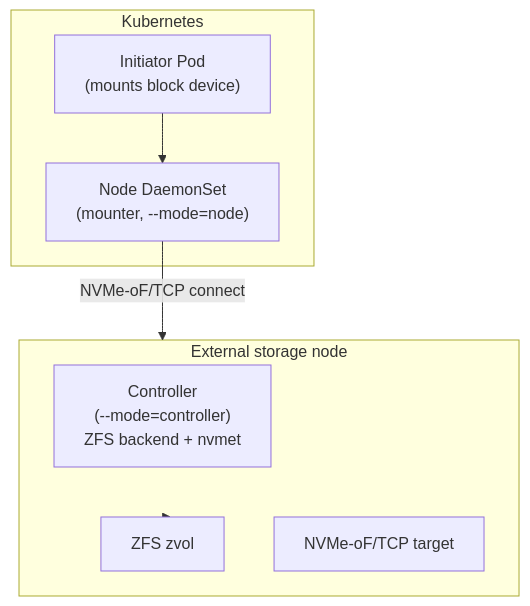
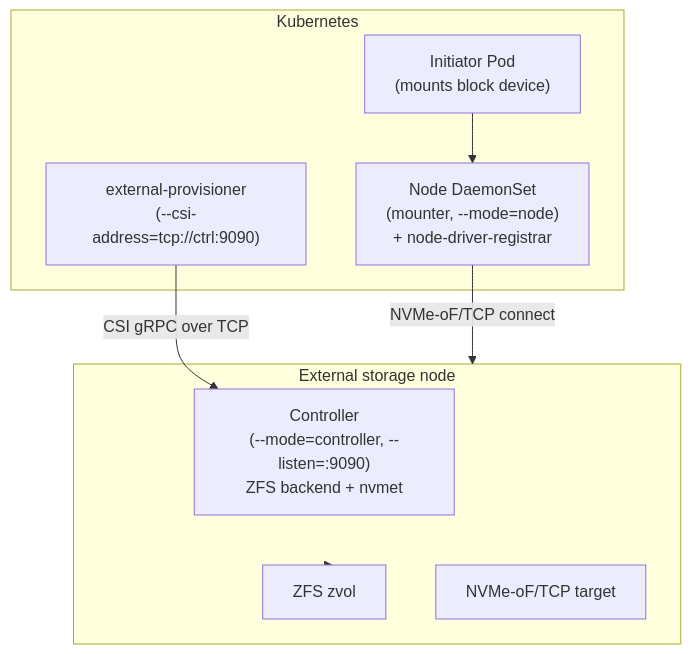
The diagram in design/csi-helm-design.md (timpa0130/nvmeof-csi), drawn with Mermaid before and after one commit. The commit also changed other lines of this file and 9 other files, not shown here.

First line of the commit message:
feat: serve gRPC over TCP; fix kubelet-facing chart wiring

````diff
--- a/design/csi-helm-design.md
+++ b/design/csi-helm-design.md
@@ -25,15 +36,17 @@
 ```mermaid
 flowchart TB
     subgraph K8s["Kubernetes"]
-        ND["Node DaemonSet<br/>(mounter, --mode=node)"]
+        EP["external-provisioner<br/>(--csi-address=tcp://ctrl:9090)"]
+        ND["Node DaemonSet<br/>(mounter, --mode=node)<br/>+ node-driver-registrar"]
         POD["Initiator Pod<br/>(mounts block device)"]
     end
     subgraph EXT["External storage node"]
-        CTRL["Controller<br/>(--mode=controller)<br/>ZFS backend + nvmet"]
+        CTRL["Controller<br/>(--mode=controller, --listen=:9090)<br/>ZFS backend + nvmet"]
         ZFS["ZFS zvol"]
         NVMF["NVMe-oF/TCP target"]
     end
     POD --> ND
+    EP -->|"CSI gRPC over TCP"| CTRL
     ND -->|"NVMe-oF/TCP connect"| EXT
     EXT --> ZFS
 ```
````
